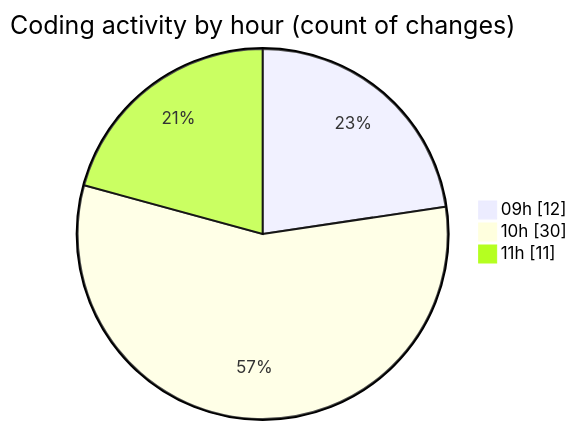
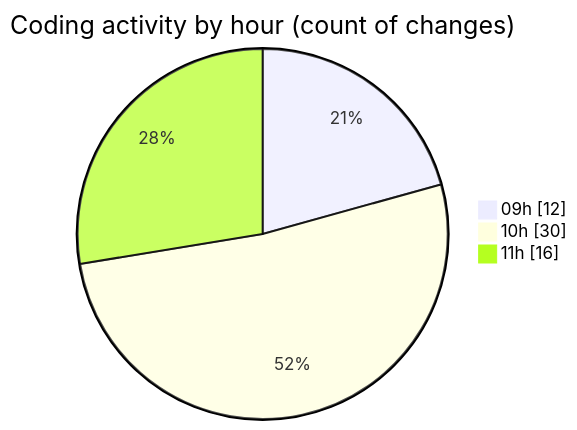
One commit to momahboobian/code-tracking changed the second of 2 diagrams in 2025-02-06/cda/README.md. Above: the diagram before and after it, drawn with Mermaid. The commit also changed other lines of this file and 1 other file, not shown here.

````diff
--- a/2025-02-06/cda/README.md
+++ b/2025-02-06/cda/README.md
@@ -35,7 +35,7 @@
 ```mermaid
 pie showData
 title Coding activity by hour (count of changes)
 "09h" : 12
 "10h" : 30
-"11h" : 11
+"11h" : 16
 ```
````
